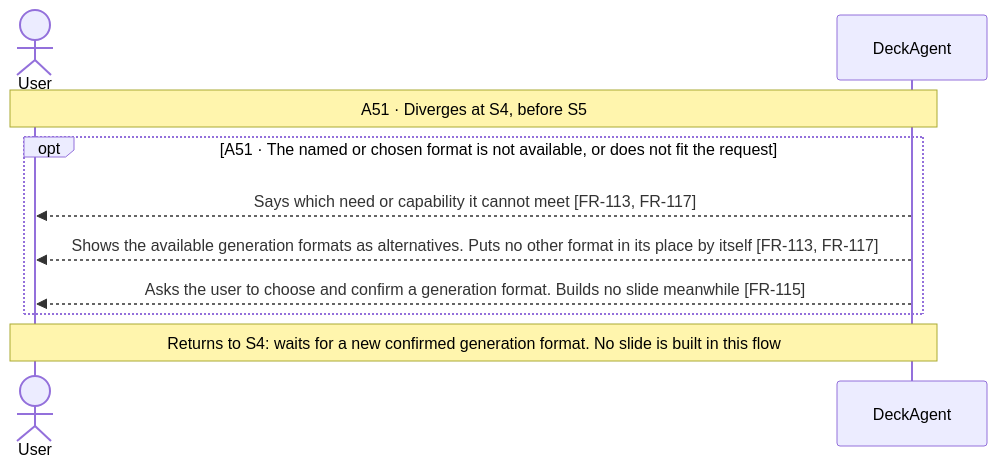
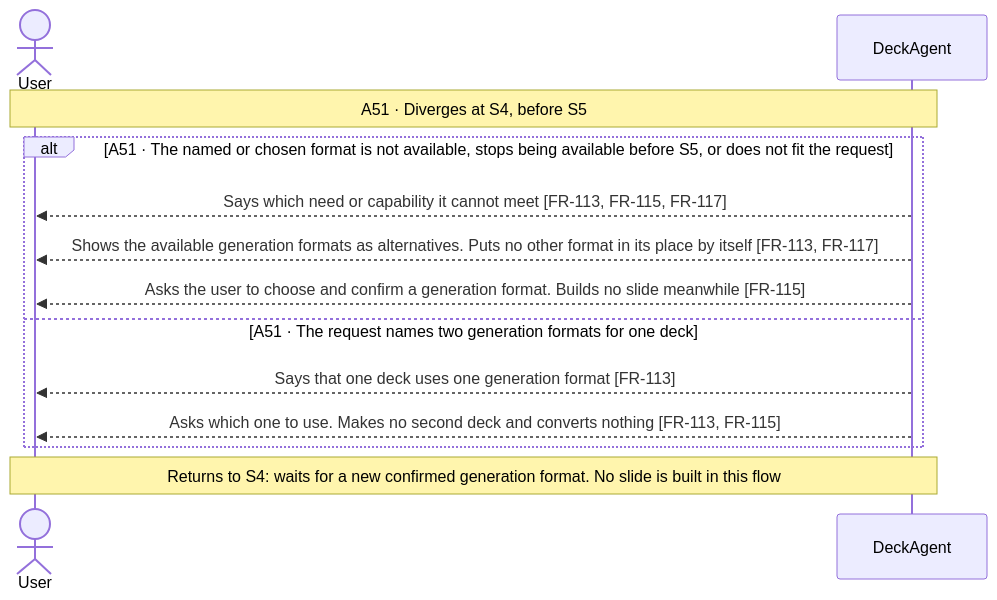
Before and after one commit to Luke23127006/DeckAgent: diagram 32 of 32 in docs/spec/03-use-cases/UC-001.md, drawn with Mermaid. The commit also changed 13 other files, not shown here.

````diff
--- a/docs/spec/03-use-cases/UC-001.md
+++ b/docs/spec/03-use-cases/UC-001.md
@@ -546,12 +546,15 @@
 ```mermaid
 sequenceDiagram
     actor User
     participant DeckAgent
     Note over User,DeckAgent: A51 · Diverges at S4, before S5
-    opt A51 · The named or chosen format is not available, or does not fit the request
-        DeckAgent-->>User: Says which need or capability it cannot meet [FR-113, FR-117]
+    alt A51 · The named or chosen format is not available, stops being available before S5, or does not fit the request
+        DeckAgent-->>User: Says which need or capability it cannot meet [FR-113, FR-115, FR-117]
         DeckAgent-->>User: Shows the available generation formats as alternatives. Puts no other format in its place by itself [FR-113, FR-117]
         DeckAgent-->>User: Asks the user to choose and confirm a generation format. Builds no slide meanwhile [FR-115]
+    else A51 · The request names two generation formats for one deck
+        DeckAgent-->>User: Says that one deck uses one generation format [FR-113]
+        DeckAgent-->>User: Asks which one to use. Makes no second deck and converts nothing [FR-113, FR-115]
     end
     Note over User,DeckAgent: Returns to S4: waits for a new confirmed generation format. No slide is built in this flow
 ```
````
